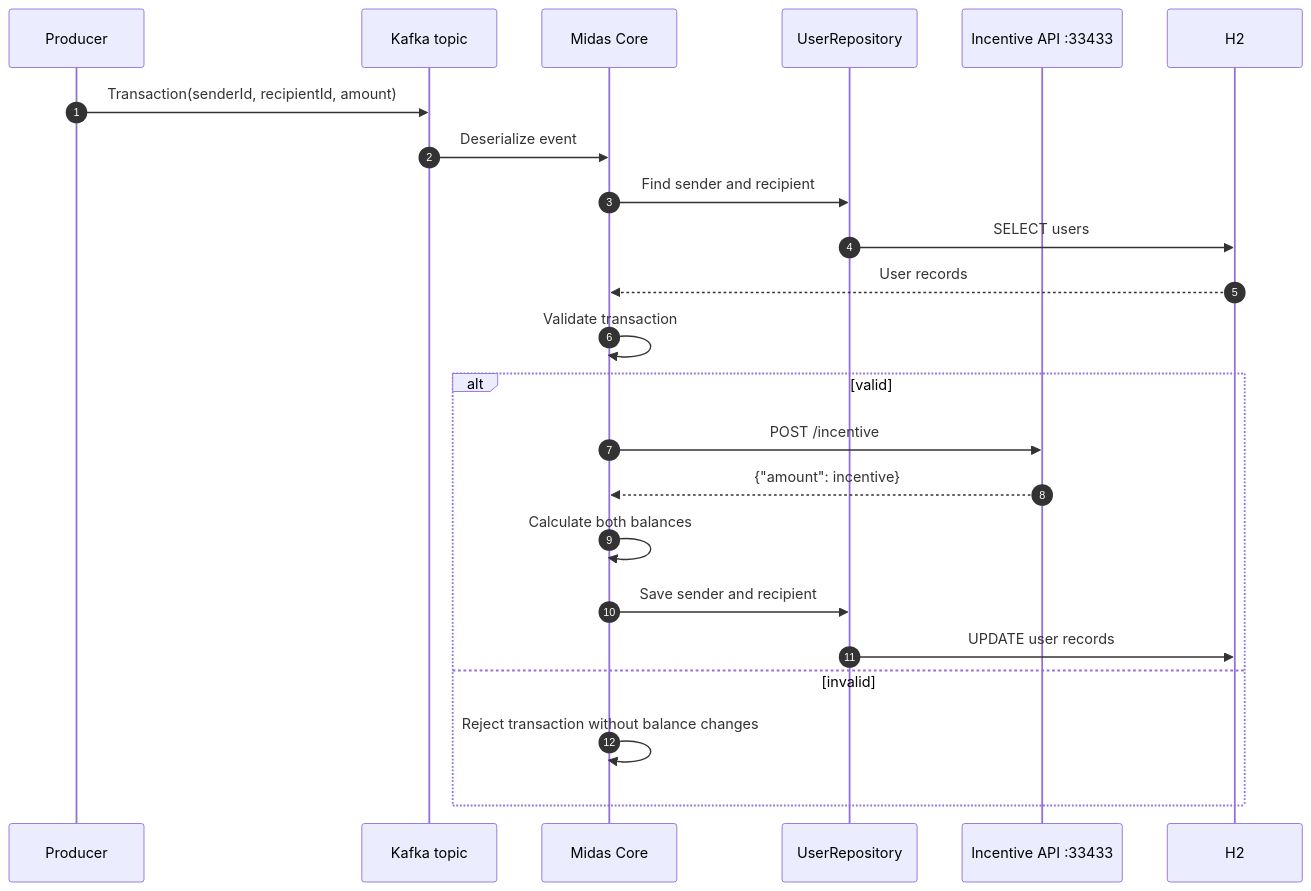
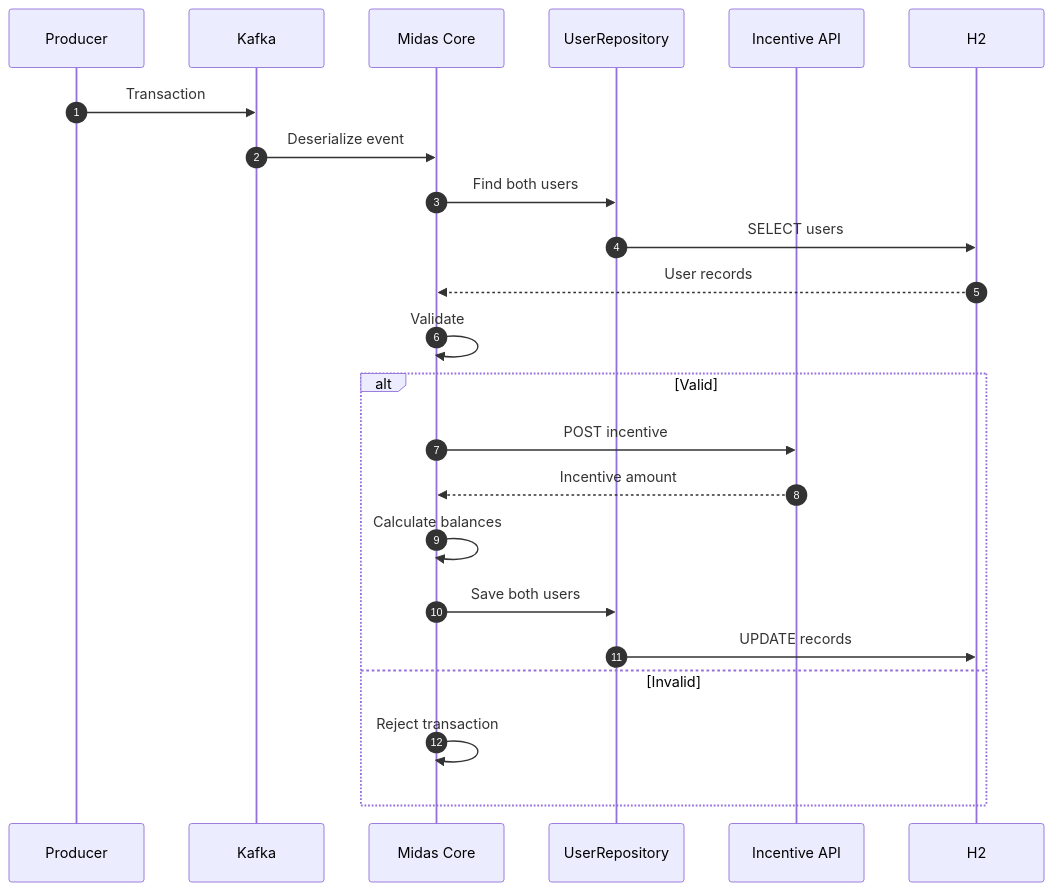
Before and after one commit to SidheshwarSarangal/forage-midas: the third of 6 diagrams in docs/architecture.md, drawn with Mermaid. The commit also changed other lines of this file and 4 other files, not shown here.

````diff
--- a/docs/architecture.md
+++ b/docs/architecture.md
@@ -29,27 +28,26 @@
 ```mermaid
 sequenceDiagram
     autonumber
     participant P as Producer
-    participant K as Kafka topic
+    participant K as Kafka
     participant M as Midas Core
     participant R as UserRepository
-    participant I as Incentive API :33433
+    participant I as Incentive API
     participant H as H2
 
-    P->>K: Transaction(senderId, recipientId, amount)
+    P->>K: Transaction
     K->>M: Deserialize event
-    M->>R: Find sender and recipient
+    M->>R: Find both users
     R->>H: SELECT users
     H-->>M: User records
-    M->>M: Validate transaction
-
-    alt valid
-        M->>I: POST /incentive
-        I-->>M: {"amount": incentive}
-        M->>M: Calculate both balances
-        M->>R: Save sender and recipient
-        R->>H: UPDATE user records
-    else invalid
-        M->>M: Reject transaction without balance changes
+    M->>M: Validate
+    alt Valid
+        M->>I: POST incentive
+        I-->>M: Incentive amount
+        M->>M: Calculate balances
+        M->>R: Save both users
+        R->>H: UPDATE records
+    else Invalid
+        M->>M: Reject transaction
     end
 ```
````
